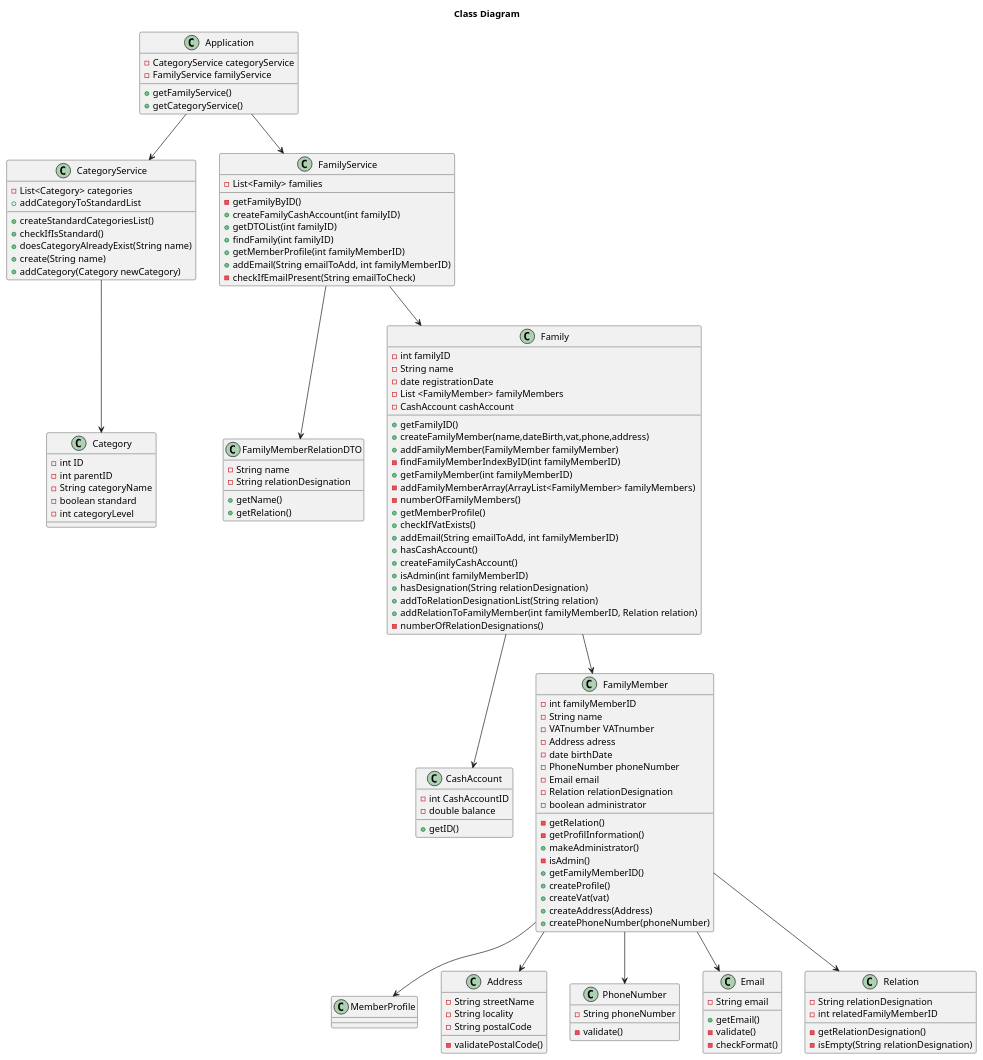
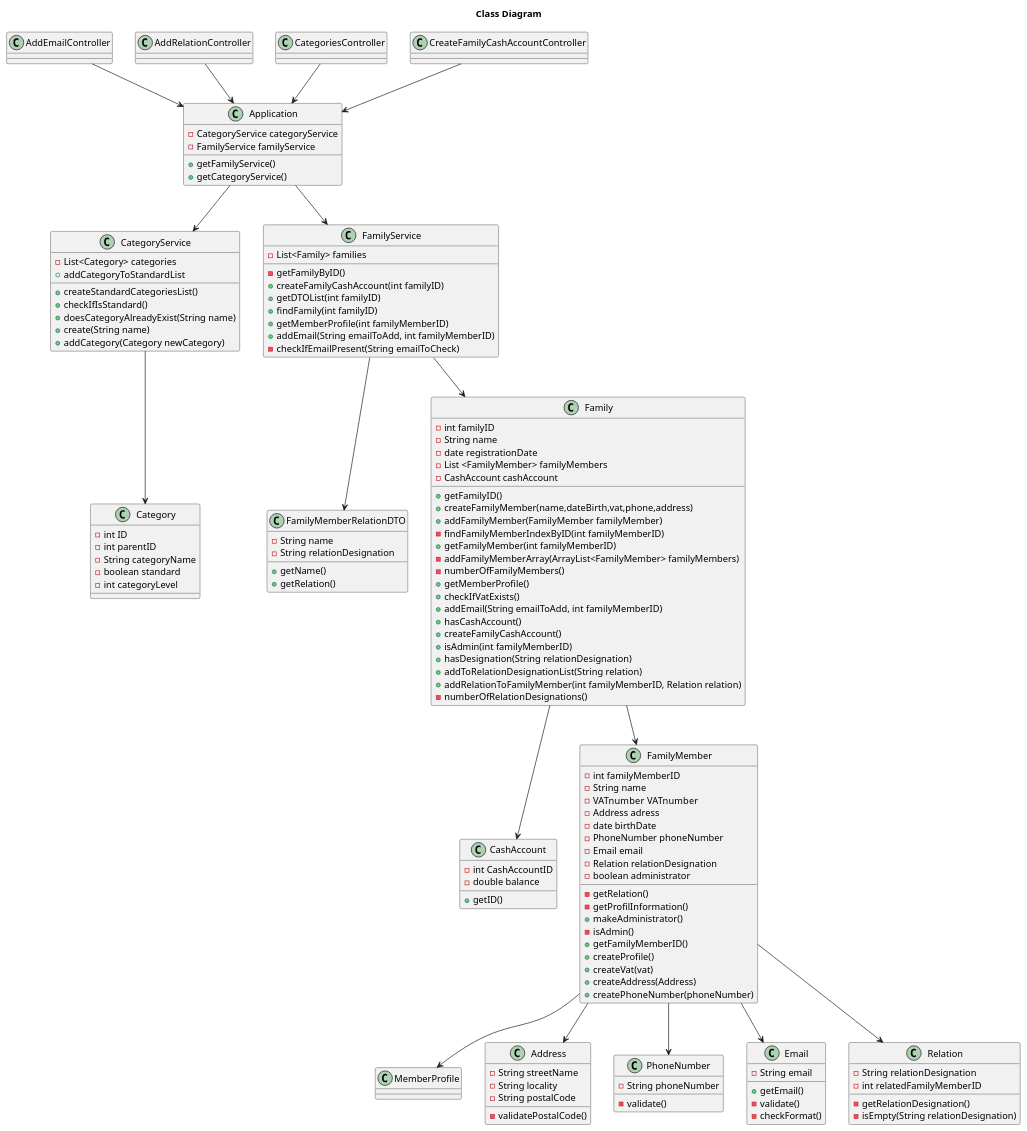
Before and after one commit to tomas-osswald/switch_2020_g3: the diagram in docs/ClassDiagram.md, drawn with PlantUML.

Commit message:
ClassDiagram.md update

````diff
--- a/docs/ClassDiagram.md
+++ b/docs/ClassDiagram.md
@@ -4,5 +4,13 @@
 ```puml
 title Class Diagram
+
+class AddEmailController {}
+
+class AddRelationController {}
+
+class CategoriesController{}
+
+class CreateFamilyCashAccountController{}
 
 class Application {
   - CategoryService categoryService
@@ -129,6 +137,10 @@
   - isEmpty(String relationDesignation)
 }
 
+AddEmailController --> Application
+AddRelationController --> Application
+CategoriesController --> Application
+CreateFamilyCashAccountController --> Application
 Family --> CashAccount
 Family --> FamilyMember
 FamilyMember --> Address
````
